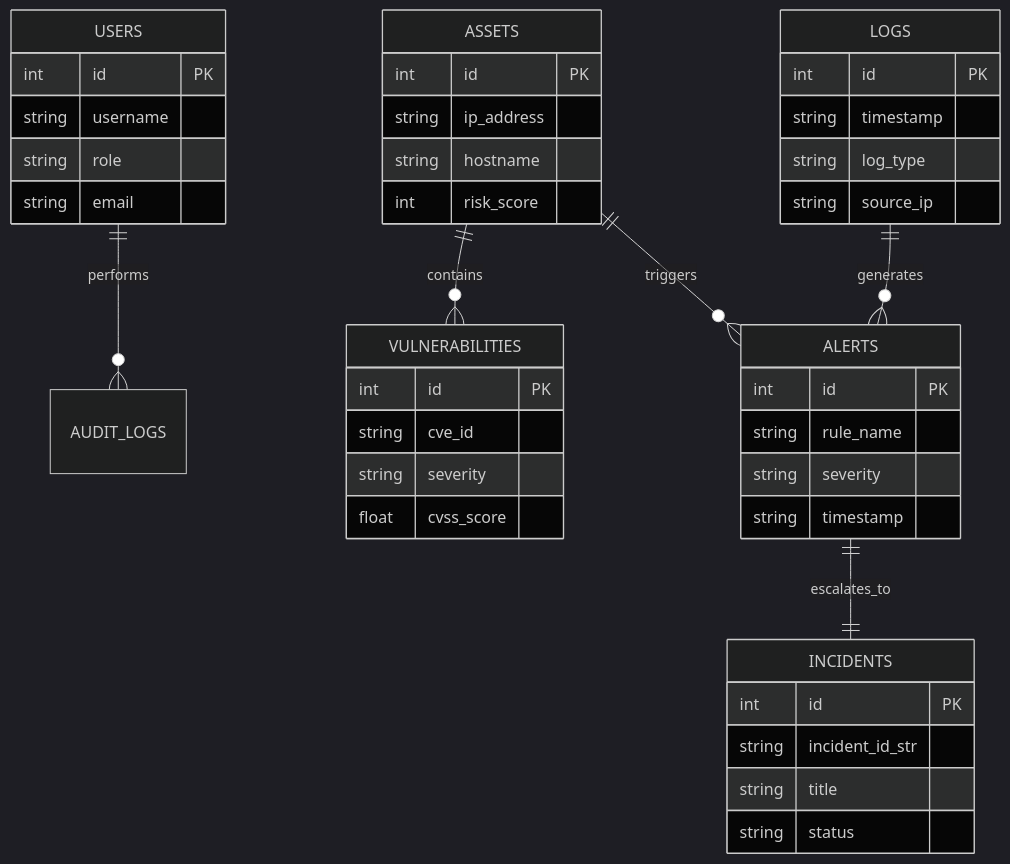
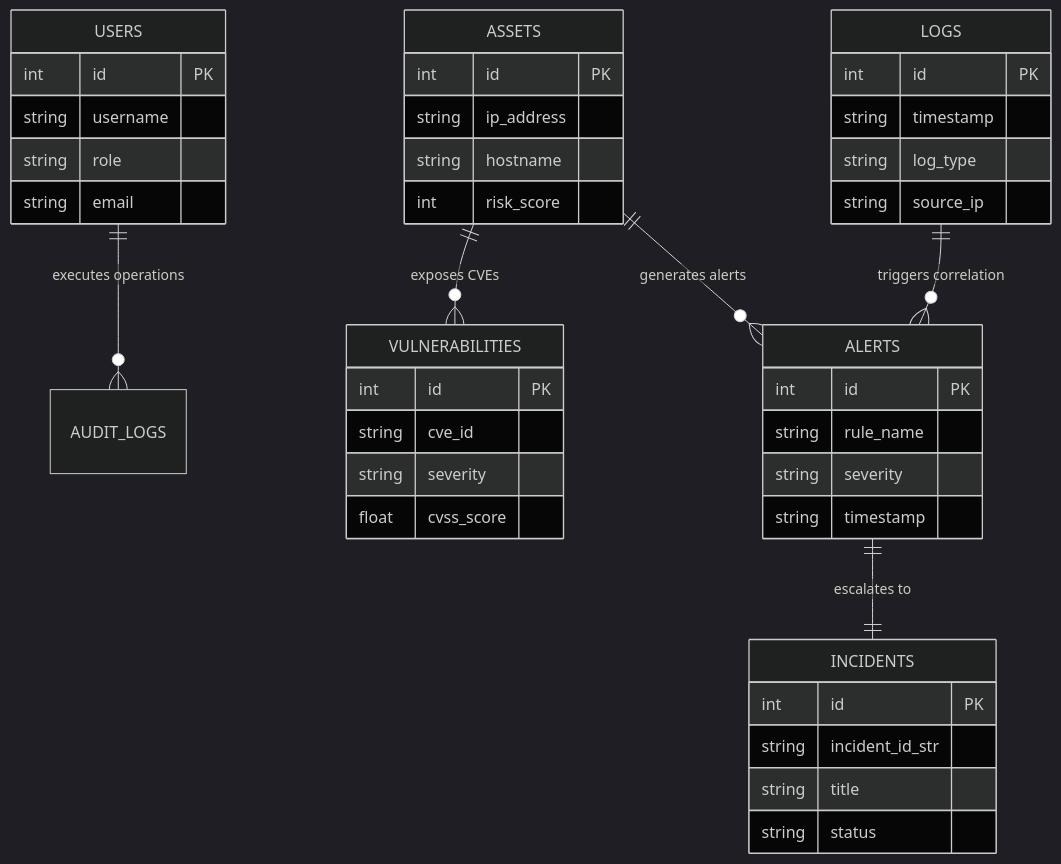
The fifth of 5 diagrams in README.md (kharedhruva-tech/Unified-Cyber-Defense-Platform-SIEM-Command-Center), drawn with Mermaid (dark theme) before and after one commit. The commit also changed other lines of this file, not shown here.

Commit message:
Convert Architecture Blueprint Showcase section into native Mermaid flowcharts and ERD diagram

````diff
--- a/README.md
+++ b/README.md
@@ -157,50 +189,50 @@
 ```mermaid
 erDiagram
-    USERS ||--o{ AUDIT_LOGS : performs
-    ASSETS ||--o{ VULNERABILITIES : contains
-    ASSETS ||--o{ ALERTS : triggers
-    ALERTS ||--|| INCIDENTS : escalates_to
-    LOGS ||--o{ ALERTS : generates
+    USERS ||--o{ AUDIT_LOGS : "executes operations"
+    ASSETS ||--o{ VULNERABILITIES : "exposes CVEs"
+    ASSETS ||--o{ ALERTS : "generates alerts"
+    ALERTS ||--|| INCIDENTS : "escalates to"
+    LOGS ||--o{ ALERTS : "triggers correlation"
 
     USERS {
         int id PK
         string username
         string role
         string email
     }
 
     ASSETS {
         int id PK
         string ip_address
         string hostname
         int risk_score
     }
 
     VULNERABILITIES {
         int id PK
         string cve_id
         string severity
         float cvss_score
     }
 
     LOGS {
         int id PK
         string timestamp
         string log_type
         string source_ip
     }
 
     ALERTS {
         int id PK
         string rule_name
         string severity
         string timestamp
     }
 
     INCIDENTS {
         int id PK
         string incident_id_str
         string title
         string status
     }
 ```
````
